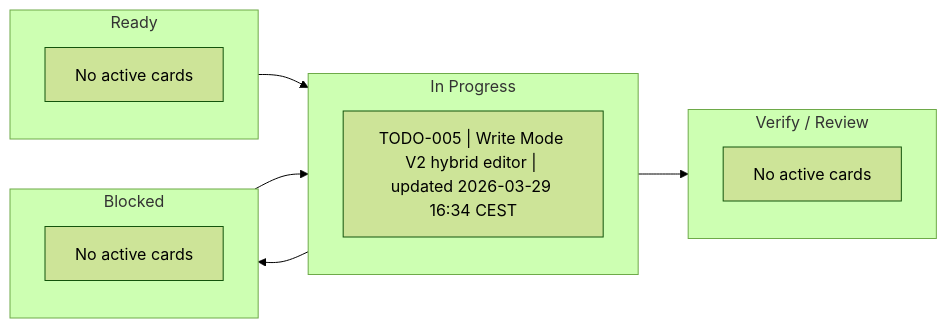
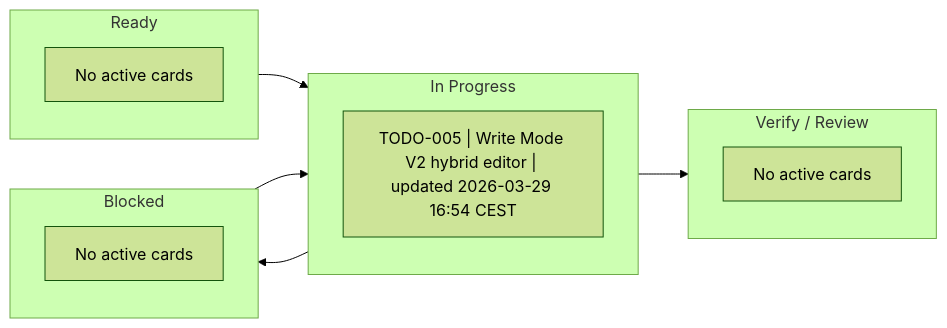
The diagram in .agents/management/ACTIVE.md (shomsy/step-by-step-animator), drawn with Mermaid (forest theme) before and after one commit. The commit also changed 3 other files, not shown here.

Commit message:
Tighten Write Mode V2 plan

````diff
--- a/.agents/management/ACTIVE.md
+++ b/.agents/management/ACTIVE.md
@@ -20,23 +20,23 @@
 ```mermaid
 flowchart LR
     subgraph Ready["Ready"]
         R0["No active cards"]
     end
 
     subgraph InProgress["In Progress"]
-        P1["TODO-005 | Write Mode V2 hybrid editor | updated 2026-03-29 16:34 CEST"]
+        P1["TODO-005 | Write Mode V2 hybrid editor | updated 2026-03-29 16:54 CEST"]
     end
 
     subgraph Blocked["Blocked"]
         B0["No active cards"]
     end
 
     subgraph Verify["Verify / Review"]
         V0["No active cards"]
     end
 
     Ready --> InProgress
     InProgress --> Verify
     InProgress --> Blocked
     Blocked --> InProgress
 ```
````
